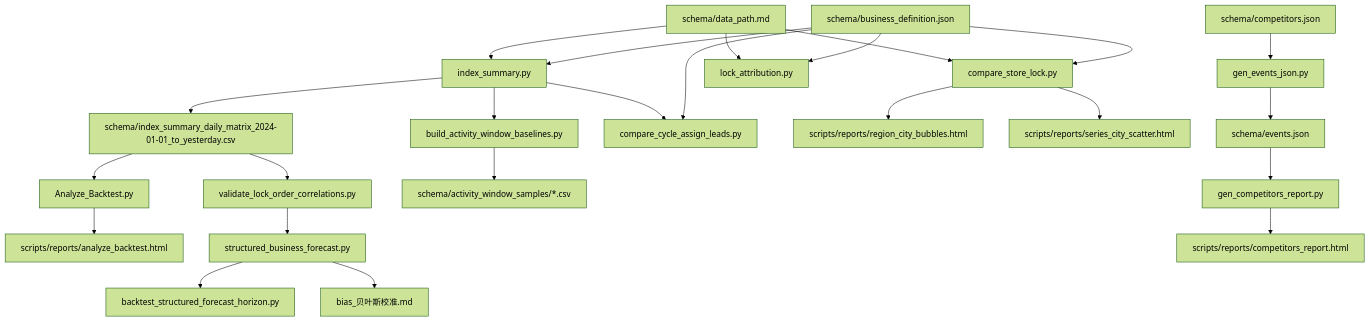
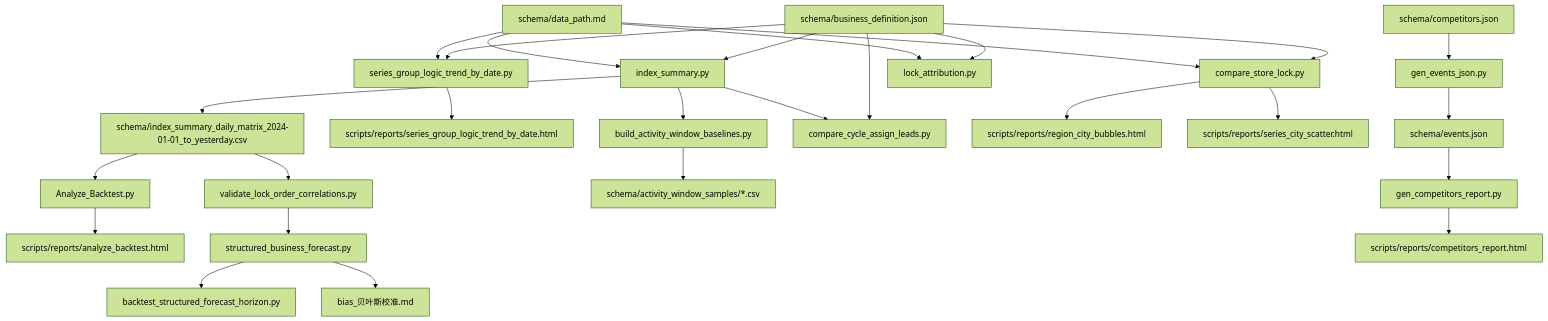
Before and after one commit to zhangzihaoDT/AnaAssistant: the diagram in scripts/脚本说明.md, drawn with Mermaid (forest theme). The commit also changed other lines of this file and 6583 other files, not shown here.

````diff
--- a/scripts/脚本说明.md
+++ b/scripts/脚本说明.md
@@ -192,33 +207,37 @@
 ```mermaid
 flowchart TB
   data_path[schema/data_path.md] --> index_summary[index_summary.py]
   business_def[schema/business_definition.json] --> index_summary
   index_summary --> daily_matrix[schema/index_summary_daily_matrix_2024-01-01_to_yesterday.csv]
+
+  data_path --> series_trend[series_group_logic_trend_by_date.py]
+  business_def --> series_trend
+  series_trend --> series_trend_html[scripts/reports/series_group_logic_trend_by_date.html]
 
   daily_matrix --> analyze_backtest[Analyze_Backtest.py]
   analyze_backtest --> analyze_report[scripts/reports/analyze_backtest.html]
 
   daily_matrix --> validate_corr[validate_lock_order_correlations.py]
   validate_corr --> structured_fc[structured_business_forecast.py]
   structured_fc --> horizon_bt[backtest_structured_forecast_horizon.py]
   structured_fc --> bayes_doc[bias_贝叶斯校准.md]
 
   index_summary --> activity_samples[build_activity_window_baselines.py]
   activity_samples --> activity_csv[schema/activity_window_samples/*.csv]
 
   index_summary --> compare_cycle[compare_cycle_assign_leads.py]
   business_def --> compare_cycle
 
   data_path --> compare_store_lock[compare_store_lock.py]
   business_def --> compare_store_lock
   compare_store_lock --> region_city_bubbles[scripts/reports/region_city_bubbles.html]
   compare_store_lock --> series_city_scatter[scripts/reports/series_city_scatter.html]
 
   data_path --> lock_attr[lock_attribution.py]
   business_def --> lock_attr
 
   competitors[schema/competitors.json] --> gen_events[gen_events_json.py]
   gen_events --> events[schema/events.json]
   events --> gen_report[gen_competitors_report.py]
   gen_report --> competitors_report[scripts/reports/competitors_report.html]
 ```
````
